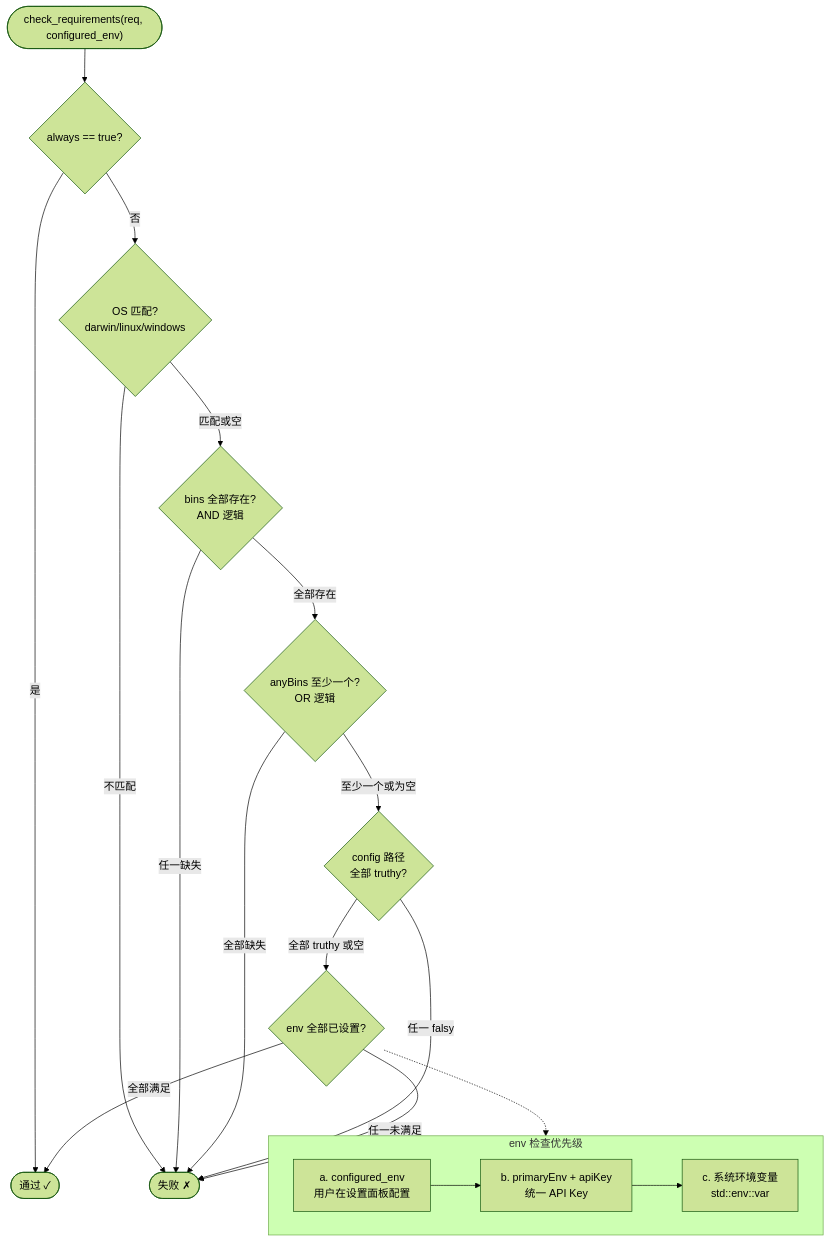
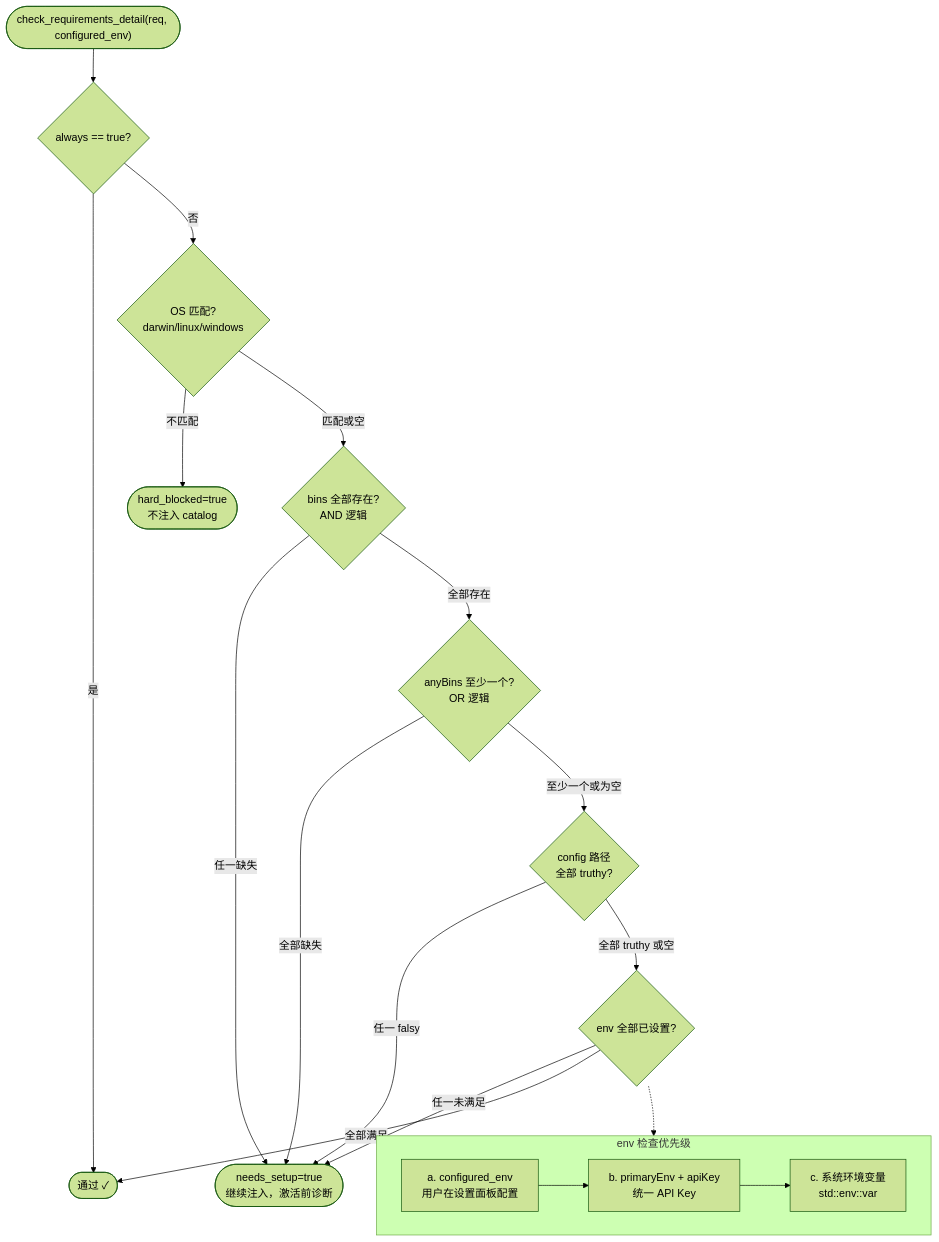
One commit to gabrielmoreira/agent-skills-mirror changed the fourth of 18 diagrams in mirrors/repos/shiwenwen@hope-agent/docs/architecture/skill-system.md. Above: the diagram before and after it, drawn with Mermaid (forest theme). The commit also changed other lines of this file and 1130 other files, not shown here.

````diff
--- a/mirrors/repos/shiwenwen@hope-agent/docs/architecture/skill-system.md
+++ b/mirrors/repos/shiwenwen@hope-agent/docs/architecture/skill-system.md
@@ -391,30 +391,30 @@
 ```mermaid
 flowchart TD
-    START(["check_requirements(req, configured_env)"]) --> ALWAYS{"always == true?"}
+    START(["check_requirements_detail(req, configured_env)"]) --> ALWAYS{"always == true?"}
     ALWAYS -->|是| PASS(["通过 ✓"])
     ALWAYS -->|否| OS{"OS 匹配?<br/>darwin/linux/windows"}
 
-    OS -->|不匹配| FAIL(["失败 ✗"])
+    OS -->|不匹配| HARD(["hard_blocked=true<br/>不注入 catalog"])
     OS -->|匹配或空| BINS{"bins 全部存在?<br/>AND 逻辑"}
 
-    BINS -->|任一缺失| FAIL
+    BINS -->|任一缺失| SOFT(["needs_setup=true<br/>继续注入，激活前诊断"])
     BINS -->|全部存在| ANYBINS{"anyBins 至少一个?<br/>OR 逻辑"}
 
-    ANYBINS -->|全部缺失| FAIL
+    ANYBINS -->|全部缺失| SOFT
     ANYBINS -->|至少一个或为空| CONFIG{"config 路径<br/>全部 truthy?"}
 
-    CONFIG -->|任一 falsy| FAIL
+    CONFIG -->|任一 falsy| SOFT
     CONFIG -->|全部 truthy 或空| ENV{"env 全部已设置?"}
 
-    ENV -->|任一未满足| FAIL
+    ENV -->|任一未满足| SOFT
     ENV -->|全部满足| PASS
 
     subgraph ENV_CHECK["env 检查优先级"]
         direction LR
         E1["a. configured_env<br/>用户在设置面板配置"] --> E2["b. primaryEnv + apiKey<br/>统一 API Key"]
         E2 --> E3["c. 系统环境变量<br/>std::env::var"]
     end
 
     ENV -.-> ENV_CHECK
 
 ```
````
